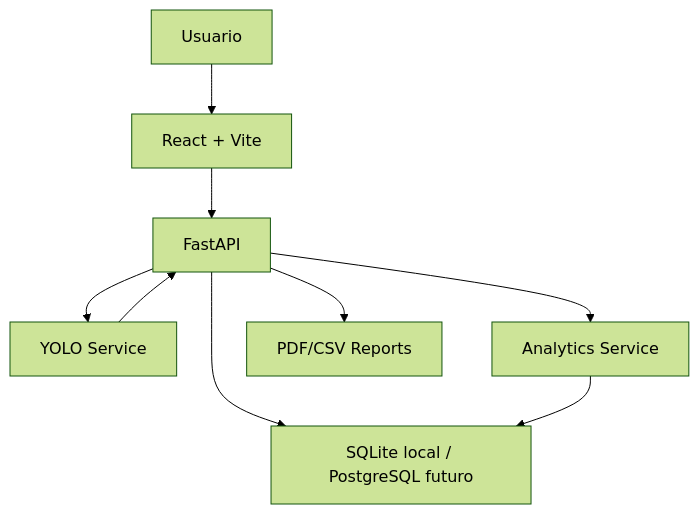
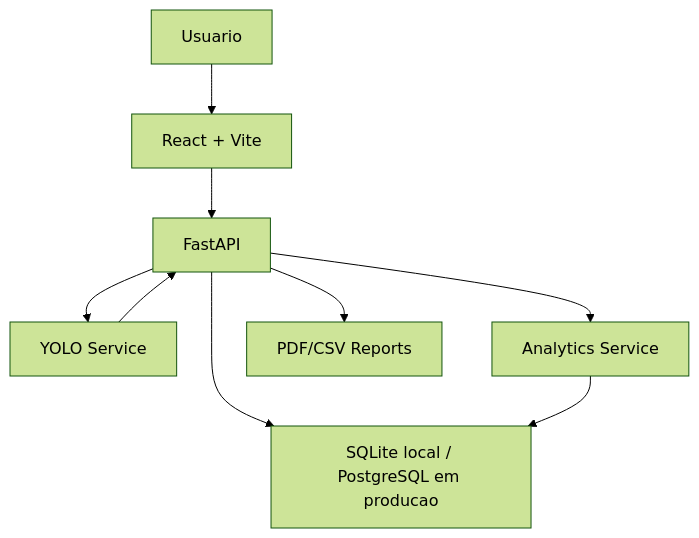
Before and after one commit to Gorgommel/Smart-Parking-Analytics: the diagram in README.md, drawn with Mermaid (forest theme). The commit also changed other lines of this file and 231 other files, not shown here.

````diff
--- a/README.md
+++ b/README.md
@@ -105,11 +165,11 @@
 ```mermaid
 flowchart TD
     U["Usuario"] --> FE["React + Vite"]
     FE --> API["FastAPI"]
     API --> YOLO["YOLO Service"]
-    API --> DB["SQLite local / PostgreSQL futuro"]
+    API --> DB["SQLite local / PostgreSQL em producao"]
     YOLO --> API
     API --> AN["Analytics Service"]
     AN --> DB
     API --> REP["PDF/CSV Reports"]
 ```
````
